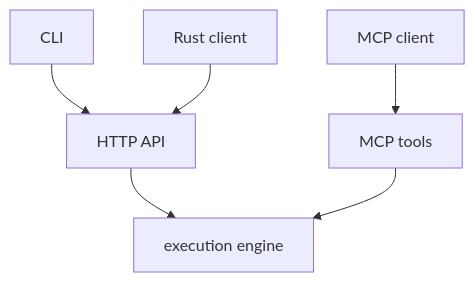
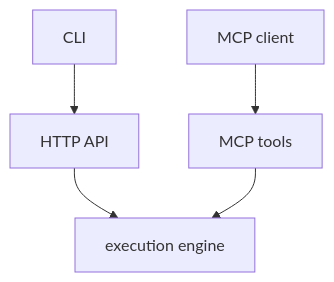
One commit to r33drichards/mcp-js changed the diagram in site-docs/concepts/integration-surfaces.md. Above: the diagram before and after it, drawn with Mermaid. The commit also changed other lines of this file and 6 other files, not shown here.

````diff
--- a/site-docs/concepts/integration-surfaces.md
+++ b/site-docs/concepts/integration-surfaces.md
@@ -10,8 +9,7 @@
 ```mermaid
 flowchart TD
   A[MCP client] --> B[MCP tools]
   C[CLI] --> D[HTTP API]
-  E[Rust client] --> D
   D --> F[execution engine]
   B --> F
 ```
````
